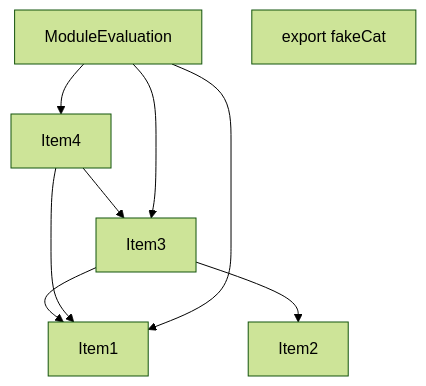
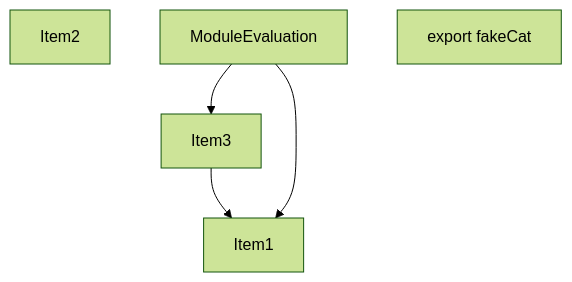
One commit to vercel/turborepo changed the fourth of 5 diagrams in crates/turbopack-ecmascript/tests/tree-shaker/analyzer/export-named/output.md. Above: the diagram before and after it, drawn with Mermaid (forest theme). The commit also changed other lines of this file, not shown here.

````diff
--- a/crates/turbopack-ecmascript/tests/tree-shaker/analyzer/export-named/output.md
+++ b/crates/turbopack-ecmascript/tests/tree-shaker/analyzer/export-named/output.md
@@ -90,18 +71,13 @@
 ```mermaid
 graph TD
     Item1;
     Item2;
     Item3;
     Item4;
+    Item4["ModuleEvaluation"];
     Item5;
-    Item5["ModuleEvaluation"];
-    Item6;
-    Item6["export fakeCat"];
-    Item3 --> Item2;
+    Item5["export fakeCat"];
     Item3 --> Item1;
     Item4 --> Item1;
     Item4 --> Item3;
-    Item5 --> Item1;
-    Item5 --> Item3;
-    Item5 --> Item4;
 ```
````
